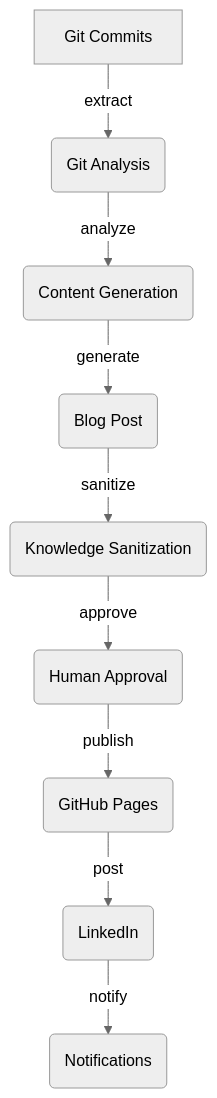
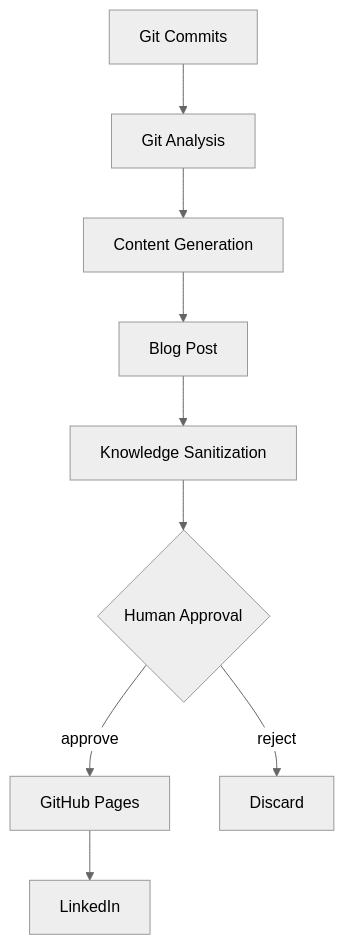
One commit to robiriu/robiriu.github.io changed the diagram in docs/blog/2026-01-23-porto-agent-ai-powered-content-generation.md. Above: the diagram before and after it, drawn with Mermaid (neutral theme).

Commit message:
style: simplify mermaid diagram for better sizing
Removed verbose labels and added decision branch for approval flow

````diff
--- a/docs/blog/2026-01-23-porto-agent-ai-powered-content-generation.md
+++ b/docs/blog/2026-01-23-porto-agent-ai-powered-content-generation.md
@@ -47,11 +47,11 @@
 ```mermaid
-graph TB
-    A[Git Commits] -->|extract| B(Git Analysis)
-    B -->|analyze| C(Content Generation)
-    C -->|generate| D(Blog Post)
-    D -->|sanitize| E(Knowledge Sanitization)
-    E -->|approve| F(Human Approval)
-    F -->|publish| G(GitHub Pages)
-    G -->|post| H(LinkedIn)
-    H -->|notify| I(Notifications)
+graph TD
+    A[Git Commits] --> B[Git Analysis]
+    B --> C[Content Generation]
+    C --> D[Blog Post]
+    D --> E[Knowledge Sanitization]
+    E --> F{Human Approval}
+    F -->|approve| G[GitHub Pages]
+    F -->|reject| H[Discard]
+    G --> I[LinkedIn]
 ```
````
